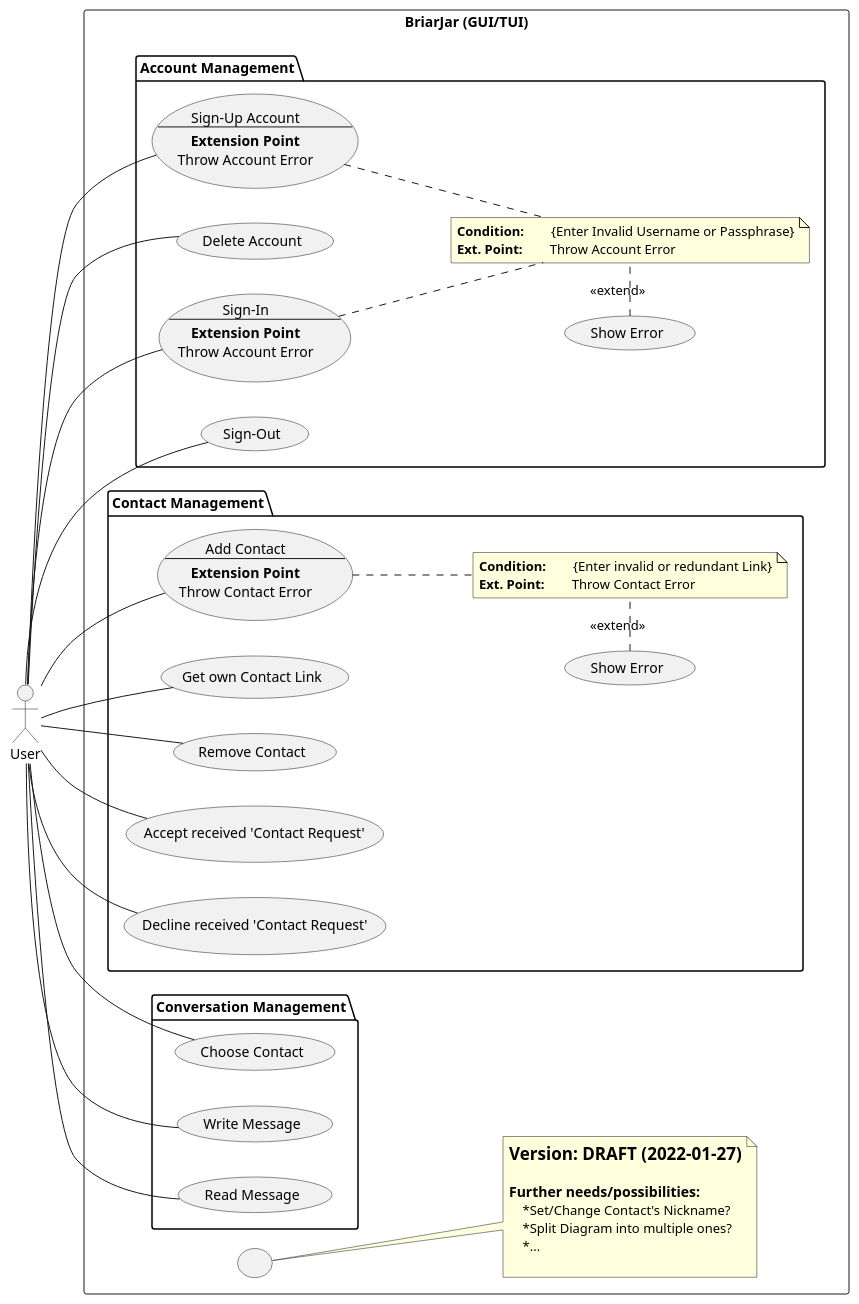
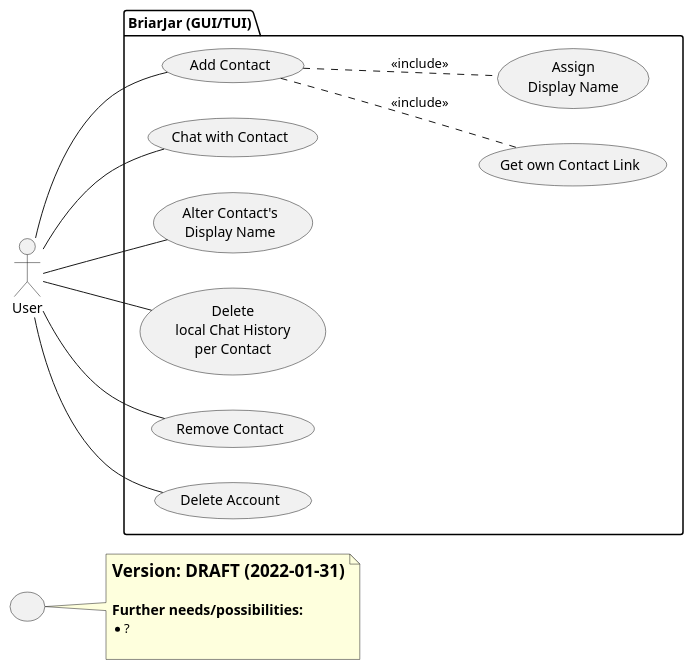
One commit to lvyitian/briarjar changed the diagram in uml-diagrams/use-case_diagram/briarjar_use-case_diagram_DRAFT.puml. Above: the diagram before and after it, drawn with PlantUML. The commit also changed other lines of this file and 2 other files, not shown here.

Commit message:
Add new use-case diagram

```diff
--- a/uml-diagrams/use-case_diagram/briarjar_use-case_diagram_DRAFT.puml
+++ b/uml-diagrams/use-case_diagram/briarjar_use-case_diagram_DRAFT.puml
@@ -3,90 +2,35 @@
 @startuml
-    actor User AS user
 
-rectangle "BriarJar (GUI/TUI)" {
-left to right direction
-
-    package "Account Management" {
-
-        usecase ca AS "Sign-Up Account
-                --
-                **Extension Point**
-                Throw Account Error"
-        usecase da AS "Delete Account"
-        usecase si AS "Sign-In
-                --
-                **Extension Point**
-                Throw Account Error"
-        usecase so AS "Sign-Out"
-
-        user -- ca
-        user -- da
-        user -- si
-        user -- so
-
-        usecase acc_mgmt_err AS "Show Error"
-
-        note "\
-**Condition:**\t{Enter Invalid Username or Passphrase}\n\
-**Ext. Point:**\tThrow Account Error" \
-        as note_acc_mgmt_err
-
-        ca .. note_acc_mgmt_err
-        si .. note_acc_mgmt_err
-        note_acc_mgmt_err .left. acc_mgmt_err : <<extend>>
-    }
+note "=Version: DRAFT (2022-01-31)\n\n===Further needs/possibilities:\n\
+*?\n" as version
+( ) .down. version
 
 
 
-    package "Contact Management" {
+    actor User AS user
 
-        usecase add AS "Add Contact
-                --
-                **Extension Point**
-                Throw Contact Error"
-        usecase get AS "Get own Contact Link"
-        usecase rem AS "Remove Contact"
-        usecase accept AS "Accept received 'Contact Request'"
-        usecase decline AS "Decline received 'Contact Request'"
+package "BriarJar (GUI/TUI)" {
+left to right direction
 
-        user -- add
-        user -- get
-        user -- rem
-        user -- accept
-        user -- decline
+        usecase ac AS "Add Contact"
+        usecase cwc AS "Chat with Contact"
+        usecase acdn AS "Alter Contact's\nDisplay Name"
+        usecase dlchpc AS "Delete\nlocal Chat History\nper Contact"
+        usecase rc AS "Remove Contact"
+        usecase da AS "Delete Account"
 
-        usecase contact_err AS "Show Error"
+        usecase gocl AS "Get own Contact Link"
+        usecase an AS "Assign\nDisplay Name"
 
-        note "\
-**Condition:**\t{Enter invalid or redundant Link}\n\
-**Ext. Point:**\tThrow Contact Error" \
-        as note_contact_err
+        user -- ac
+        user -- cwc
+        user -- acdn
+        user -- dlchpc
+        user -- rc
+        user -- da
 
-        add .. note_contact_err
-        note_contact_err .left. contact_err : <<extend>>
-    }
-
-
-
-    package "Conversation Management" {
-        usecase choosec AS "Choose Contact"
-        usecase writemsg AS "Write Message"
-        usecase readmsg AS "Read Message"
-
-        user -- choosec
-        user -- writemsg
-        user -- readmsg
-    }
-
-
-
- note "=Version: DRAFT (2022-01-27)\n\n===Further needs/possibilities:\n\
-    *Set/Change Contact's Nickname?\n\
-    *Split Diagram into multiple ones?\n\
-    *...\n" as intro
-( ) .down. intro
-
-
+        ac .. gocl : <<include>>
+        ac .. an : <<include>>
 }
 
 @enduml
```
